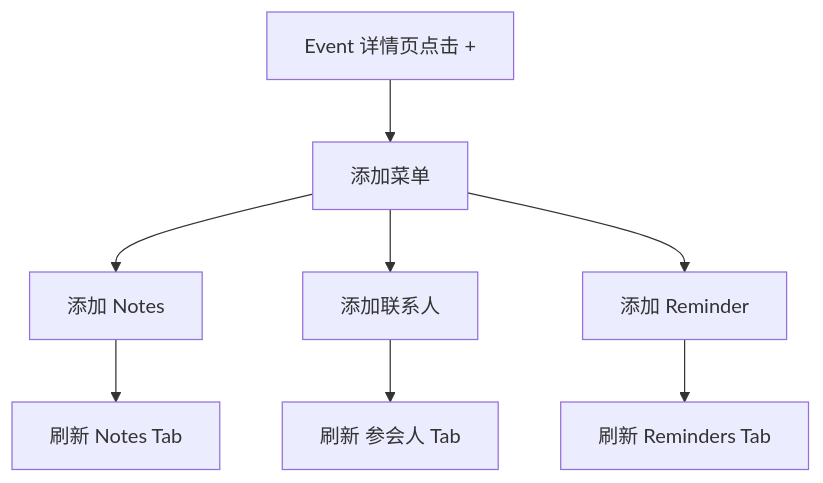
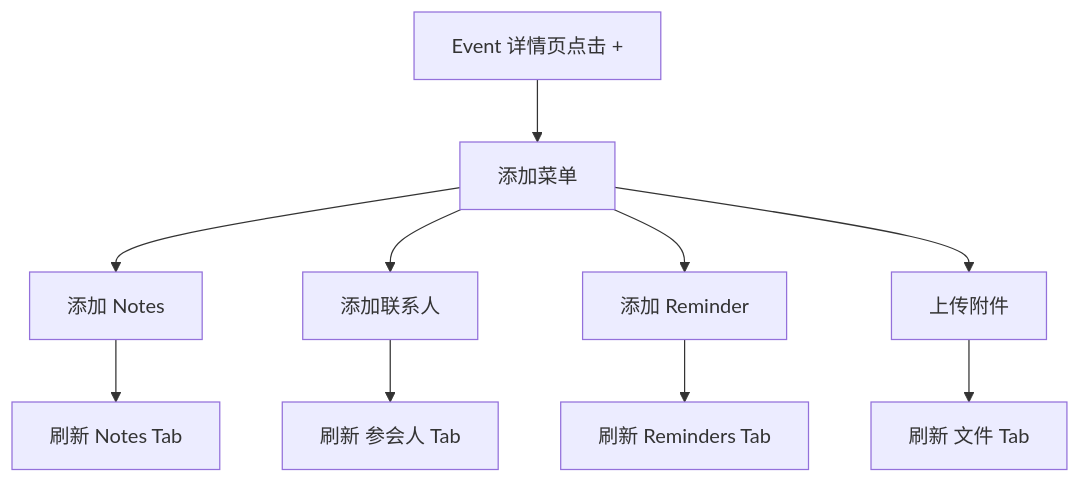
One commit to IgniteTheSpark/bizcard changed the third of 3 diagrams in bizcard-3.0-phase2/PRD_CALENDAR_EVENT_DETAIL_AND_CREATE.md. Above: the diagram before and after it, drawn with Mermaid. The commit also changed other lines of this file and 6 other files, not shown here.

````diff
--- a/bizcard-3.0-phase2/PRD_CALENDAR_EVENT_DETAIL_AND_CREATE.md
+++ b/bizcard-3.0-phase2/PRD_CALENDAR_EVENT_DETAIL_AND_CREATE.md
@@ -191,10 +150,12 @@
 ```mermaid
 flowchart TD
   A[Event 详情页点击 +] --> B[添加菜单]
   B --> C[添加 Notes]
   B --> D[添加联系人]
   B --> E[添加 Reminder]
+  B --> L[上传附件]
   C --> F[刷新 Notes Tab]
   D --> G[刷新 参会人 Tab]
   E --> H[刷新 Reminders Tab]
+  L --> M[刷新 文件 Tab]
 ```
````
